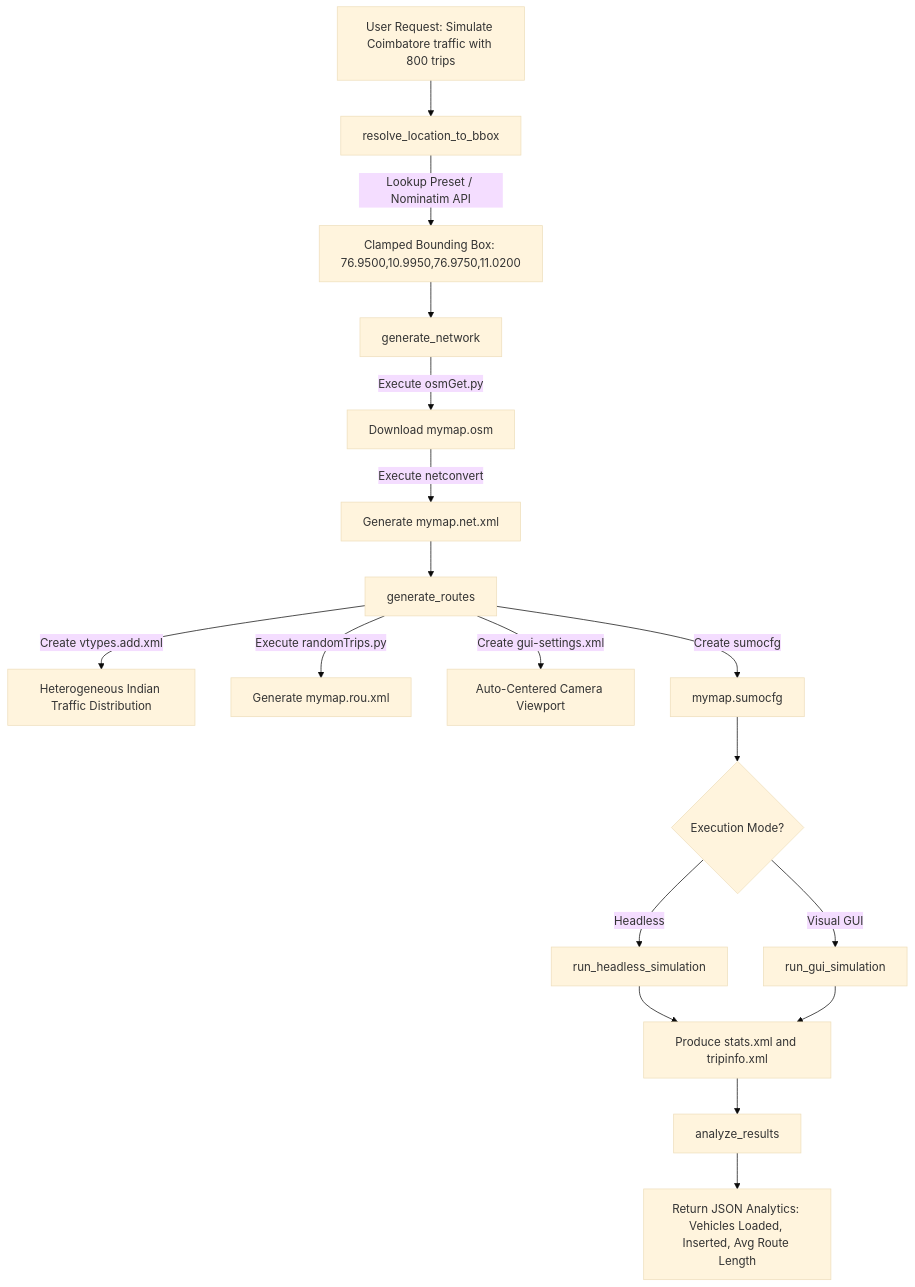
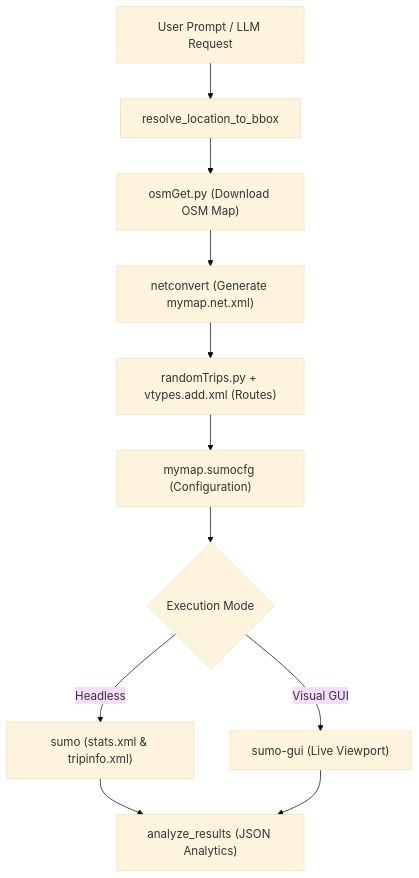
One commit to Sanjay1266/Sumo_ai_mcp changed the diagram in README.md. Above: the diagram before and after it, drawn with Mermaid (base theme). The commit also changed other lines of this file and 1 other file, not shown here.

Commit message:
docs: streamline README.md for conciseness and add SUMO MCP workflow diagram

````diff
--- a/README.md
+++ b/README.md
@@ -134,20 +20,12 @@
 ```mermaid
 flowchart TD
-    A["User Request: Simulate Coimbatore traffic with 800 trips"] --> B["resolve_location_to_bbox"]
-    B -->|"Lookup Preset / Nominatim API"| C["Clamped Bounding Box: 76.9500,10.9950,76.9750,11.0200"]
-    C --> D["generate_network"]
-    D -->|"Execute osmGet.py"| E["Download mymap.osm"]
-    E -->|"Execute netconvert"| F["Generate mymap.net.xml"]
-    F --> G["generate_routes"]
-    G -->|"Create vtypes.add.xml"| H["Heterogeneous Indian Traffic Distribution"]
-    G -->|"Execute randomTrips.py"| I["Generate mymap.rou.xml"]
-    G -->|"Create gui-settings.xml"| J["Auto-Centered Camera Viewport"]
-    G -->|"Create sumocfg"| K["mymap.sumocfg"]
-    K --> L{"Execution Mode?"}
-    L -->|"Headless"| M["run_headless_simulation"]
-    L -->|"Visual GUI"| N["run_gui_simulation"]
-    M --> O["Produce stats.xml and tripinfo.xml"]
-    N --> O
-    O --> P["analyze_results"]
-    P --> Q["Return JSON Analytics: Vehicles Loaded, Inserted, Avg Route Length"]
+    A["User Prompt / LLM Request"] --> B["resolve_location_to_bbox"]
+    B --> C["osmGet.py (Download OSM Map)"]
+    C --> D["netconvert (Generate mymap.net.xml)"]
+    D --> E["randomTrips.py + vtypes.add.xml (Routes)"]
+    E --> F["mymap.sumocfg (Configuration)"]
+    F --> G{"Execution Mode"}
+    G -->|"Headless"| H["sumo (stats.xml & tripinfo.xml)"]
+    G -->|"Visual GUI"| I["sumo-gui (Live Viewport)"]
+    H & I --> J["analyze_results (JSON Analytics)"]
 ```
````
